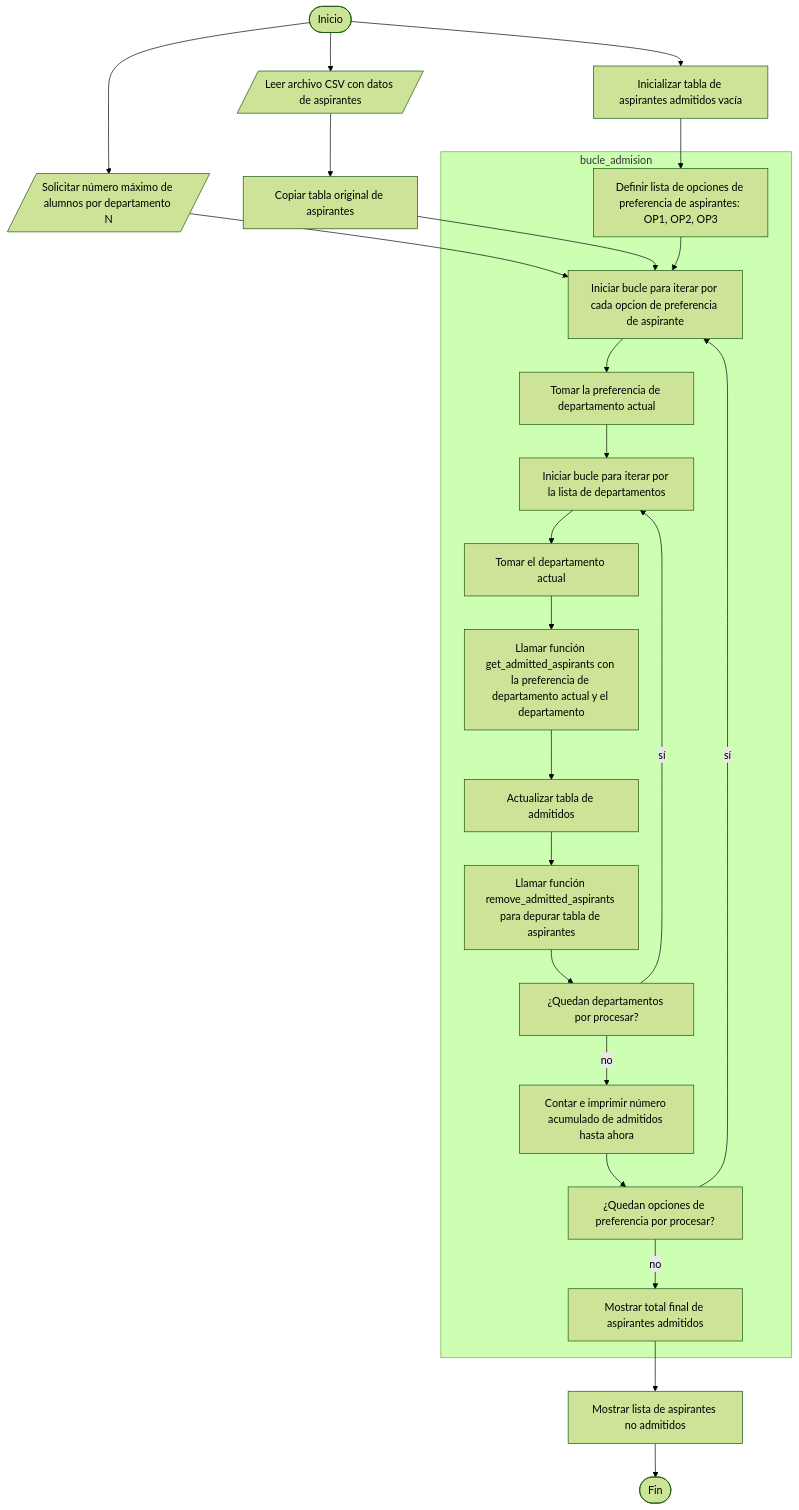
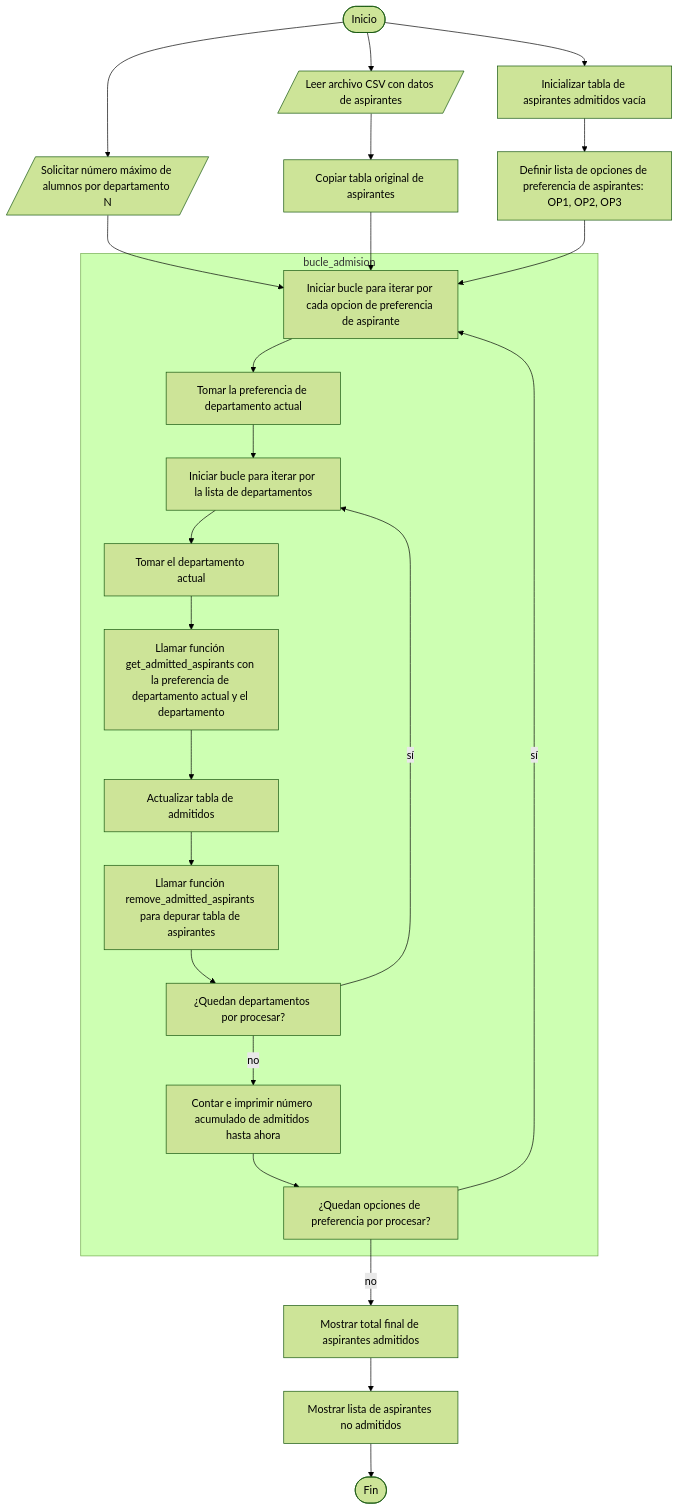
One commit to vshalisko/PythonIntro changed the diagram in Unidad_3/Proyecto_3_algoritmo.mermaid. Above: the diagram before and after it, drawn with Mermaid (forest theme).

```diff
--- a/Unidad_3/Proyecto_3_algoritmo.mermaid
+++ b/Unidad_3/Proyecto_3_algoritmo.mermaid
@@ -1,26 +1,26 @@
 flowchart TD
 
 A([Inicio]) --> B[/Leer archivo CSV con datos de aspirantes/]
 A --> C[/Solicitar número máximo de alumnos por departamento N/]
 A --> D[Inicializar tabla de aspirantes admitidos vacía]
 B --> E[Copiar tabla original de aspirantes]
 D --> F[Definir lista de opciones de preferencia de aspirantes: OP1, OP2, OP3]
 C --> G
 E --> G
+F --> G
 subgraph bucle_admision
-F --> G[Iniciar bucle para iterar por cada opcion de preferencia de aspirante]
-G --> H[Tomar la preferencia de departamento actual]
+G[Iniciar bucle para iterar por cada opcion de preferencia de aspirante] --> H[Tomar la preferencia de departamento actual]
 H --> I[Iniciar bucle para iterar por la lista de departamentos]
 I --> J[Tomar el departamento actual]
 J --> K[Llamar función get_admitted_aspirants con la preferencia de departamento actual y el departamento]
 K --> L[Actualizar tabla de admitidos]
 L --> M[Llamar función remove_admitted_aspirants para depurar tabla de aspirantes]
 M --> N[¿Quedan departamentos por procesar?]
 N -- sí --> I
 N -- no --> O[Contar e imprimir número acumulado de admitidos hasta ahora]
 O --> P[¿Quedan opciones de preferencia por procesar?]
 P -- sí --> G
+end
 P -- no --> Q[Mostrar total final de aspirantes admitidos]
-end
 Q --> R[Mostrar lista de aspirantes no admitidos]
 R --> S([Fin])
```
